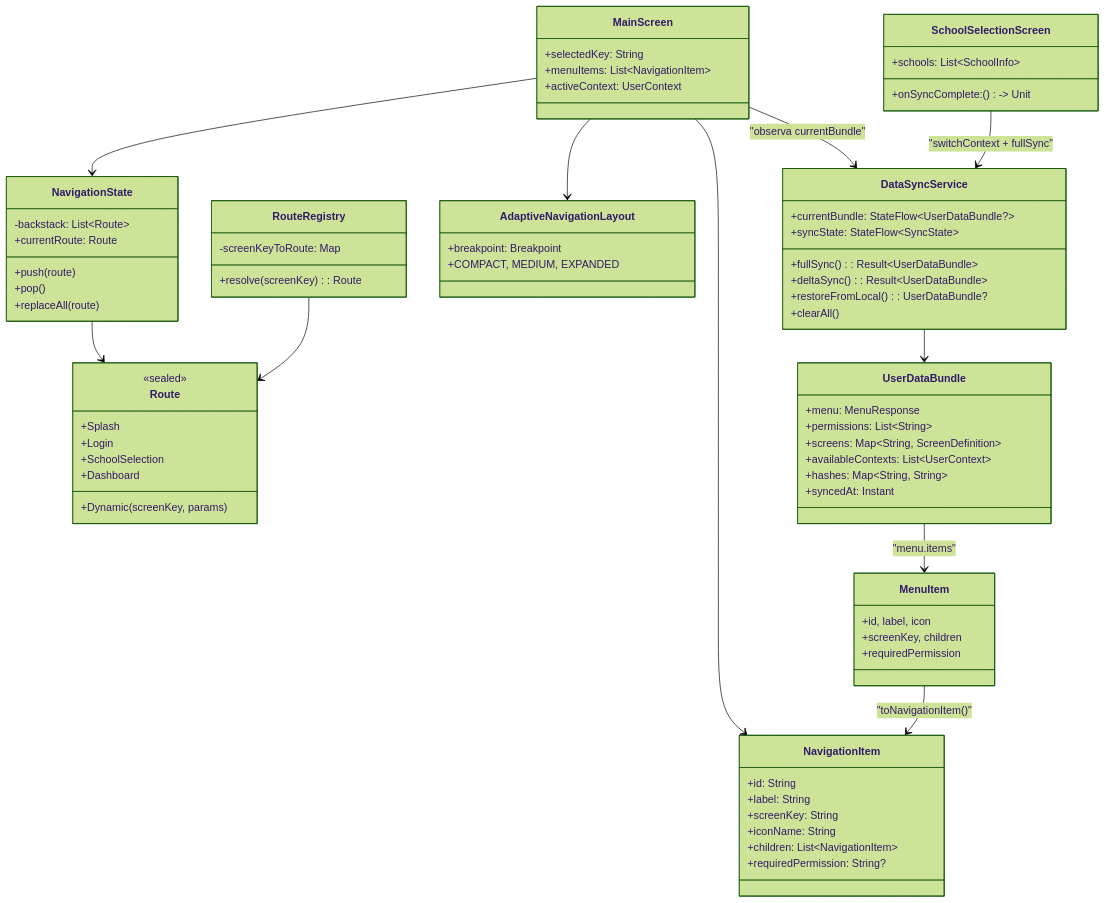
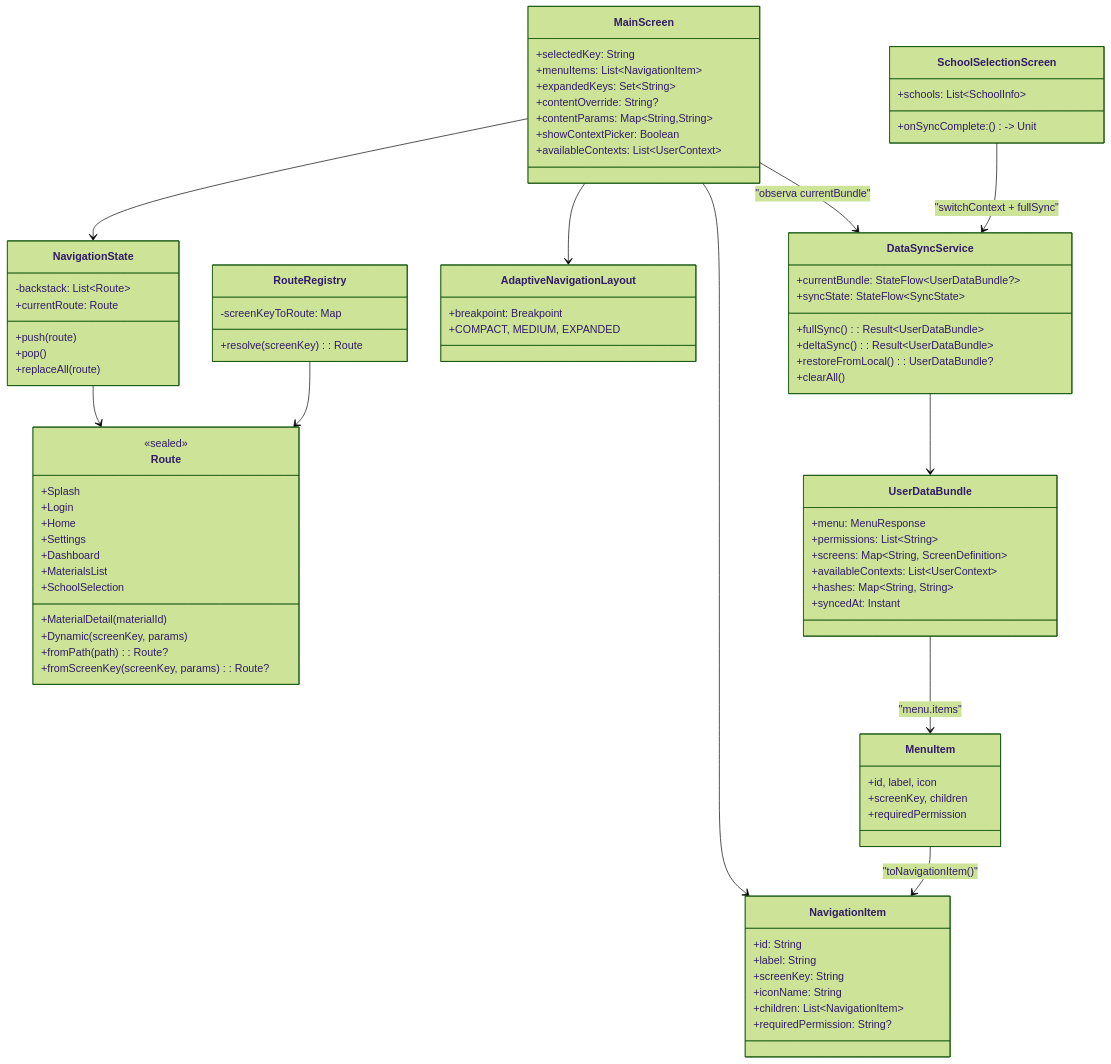
The first of 8 diagrams in docs/flujos-arquitectura/01-menu-navegacion.md (EduGoGroup/EduUi-KMP), drawn with Mermaid (forest theme) before and after one commit. The commit also changed other lines of this file and 9 other files, not shown here.

First line of the commit message:
docs: update architecture docs with ZoneErrorBoundary (A6 completed)

```diff
--- a/docs/flujos-arquitectura/01-menu-navegacion.md
+++ b/docs/flujos-arquitectura/01-menu-navegacion.md
@@ -8,9 +8,15 @@
         <<sealed>>
         +Splash
         +Login
+        +Home
+        +Settings
+        +Dashboard
+        +MaterialsList
+        +MaterialDetail(materialId)
         +SchoolSelection
-        +Dashboard
         +Dynamic(screenKey, params)
+        +fromPath(path): Route?
+        +fromScreenKey(screenKey, params): Route?
     }
     class NavigationState {
         -backstack: List~Route~
@@ -26,7 +32,11 @@
     class MainScreen {
         +selectedKey: String
         +menuItems: List~NavigationItem~
-        +activeContext: UserContext
+        +expandedKeys: Set~String~
+        +contentOverride: String?
+        +contentParams: Map~String,String~
+        +showContextPicker: Boolean
+        +availableContexts: List~UserContext~
     }
     class AdaptiveNavigationLayout {
         +breakpoint: Breakpoint
```
